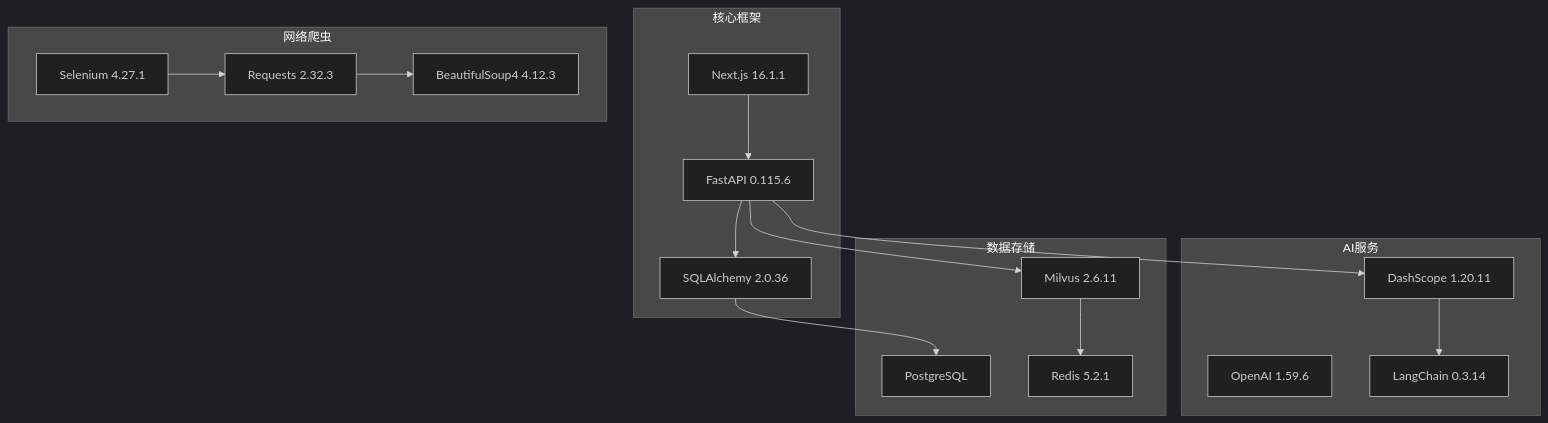
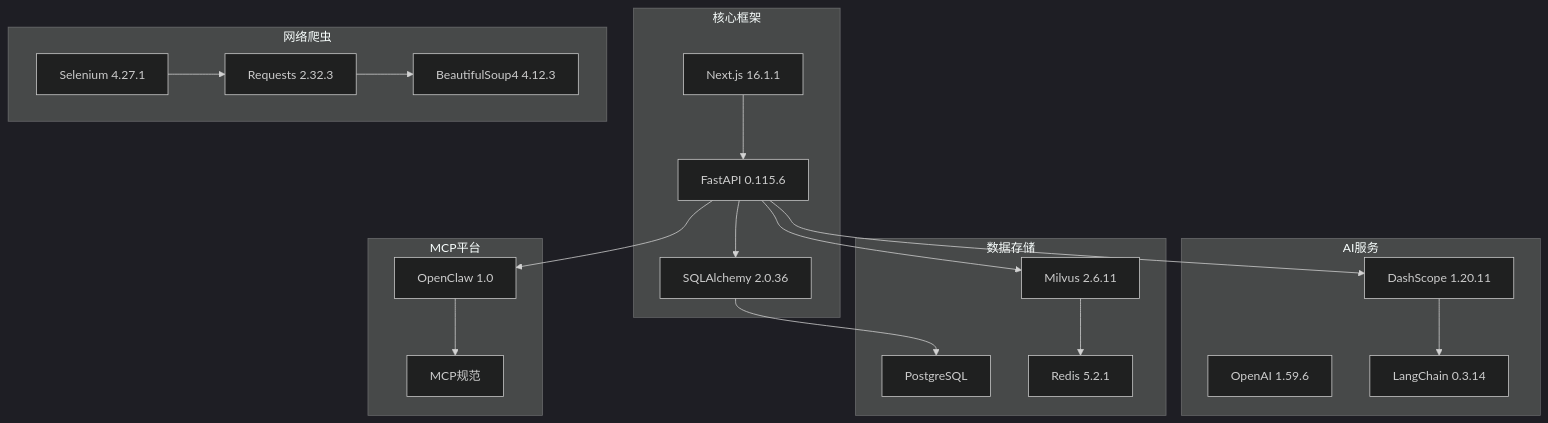
Diagram 12 of 12 in .qoder/repowiki/zh/content/AI智能问答系统/AI工具调用功能.md (ghbbn053-ship-itsoulddog/soulddog), drawn with Mermaid (dark theme) before and after one commit. The commit also changed other lines of this file and 13 other files, not shown here.

````diff
--- a/.qoder/repowiki/zh/content/AI智能问答系统/AI工具调用功能.md
+++ b/.qoder/repowiki/zh/content/AI智能问答系统/AI工具调用功能.md
@@ -415,32 +465,38 @@
 ```mermaid
 graph TB
 subgraph "核心框架"
 FastAPI[FastAPI 0.115.6]
 NextJS[Next.js 16.1.1]
 SQLAlchemy[SQLAlchemy 2.0.36]
 end
 subgraph "AI服务"
 DashScope[DashScope 1.20.11]
 OpenAI[OpenAI 1.59.6]
 LangChain[LangChain 0.3.14]
 end
 subgraph "数据存储"
 Postgres[PostgreSQL]
 Milvus[Milvus 2.6.11]
 Redis[Redis 5.2.1]
 end
 subgraph "网络爬虫"
 Requests[Requests 2.32.3]
 BeautifulSoup[BeautifulSoup4 4.12.3]
 Selenium[Selenium 4.27.1]
 end
+subgraph "MCP平台"
+OpenClaw[OpenClaw 1.0]
+MCP[MCP规范]
+end
 FastAPI --> DashScope
 FastAPI --> SQLAlchemy
 FastAPI --> Milvus
+FastAPI --> OpenClaw
 NextJS --> FastAPI
 DashScope --> LangChain
 SQLAlchemy --> Postgres
 Milvus --> Redis
 Requests --> BeautifulSoup
 Selenium --> Requests
+OpenClaw --> MCP
 ```
````
